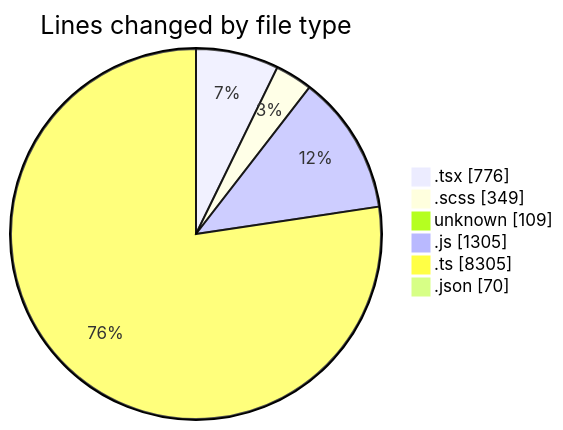
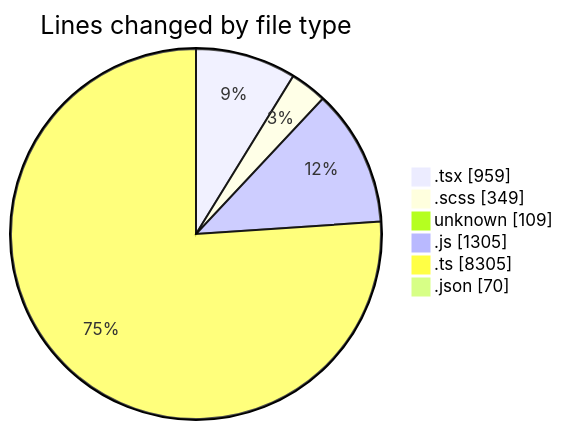
The first of 2 diagrams in 2026-04-16/cda/README.md (momahboobian/code-tracking), drawn with Mermaid before and after one commit. The commit also changed other lines of this file and 1 other file, not shown here.

````diff
--- a/2026-04-16/cda/README.md
+++ b/2026-04-16/cda/README.md
@@ -34,10 +35,10 @@
 ```mermaid
 pie showData
 title Lines changed by file type
-".tsx" : 776
+".tsx" : 959
 ".scss" : 349
 "unknown" : 109
 ".js" : 1305
 ".ts" : 8305
 ".json" : 70
 ```
````
